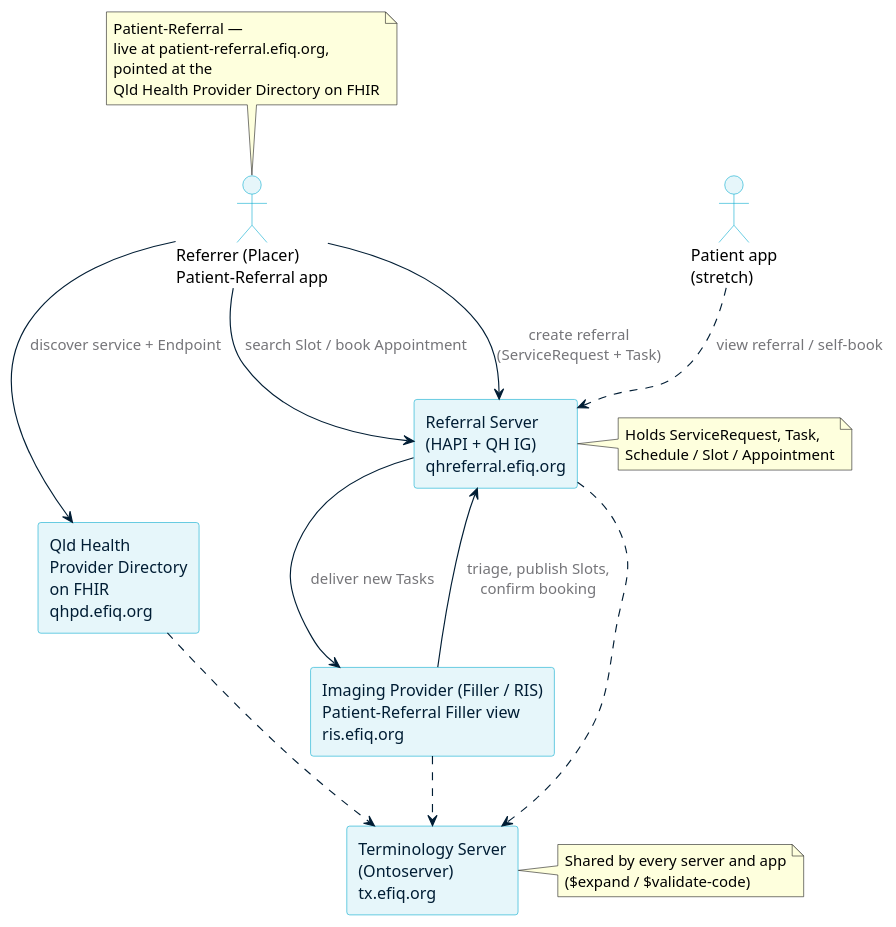
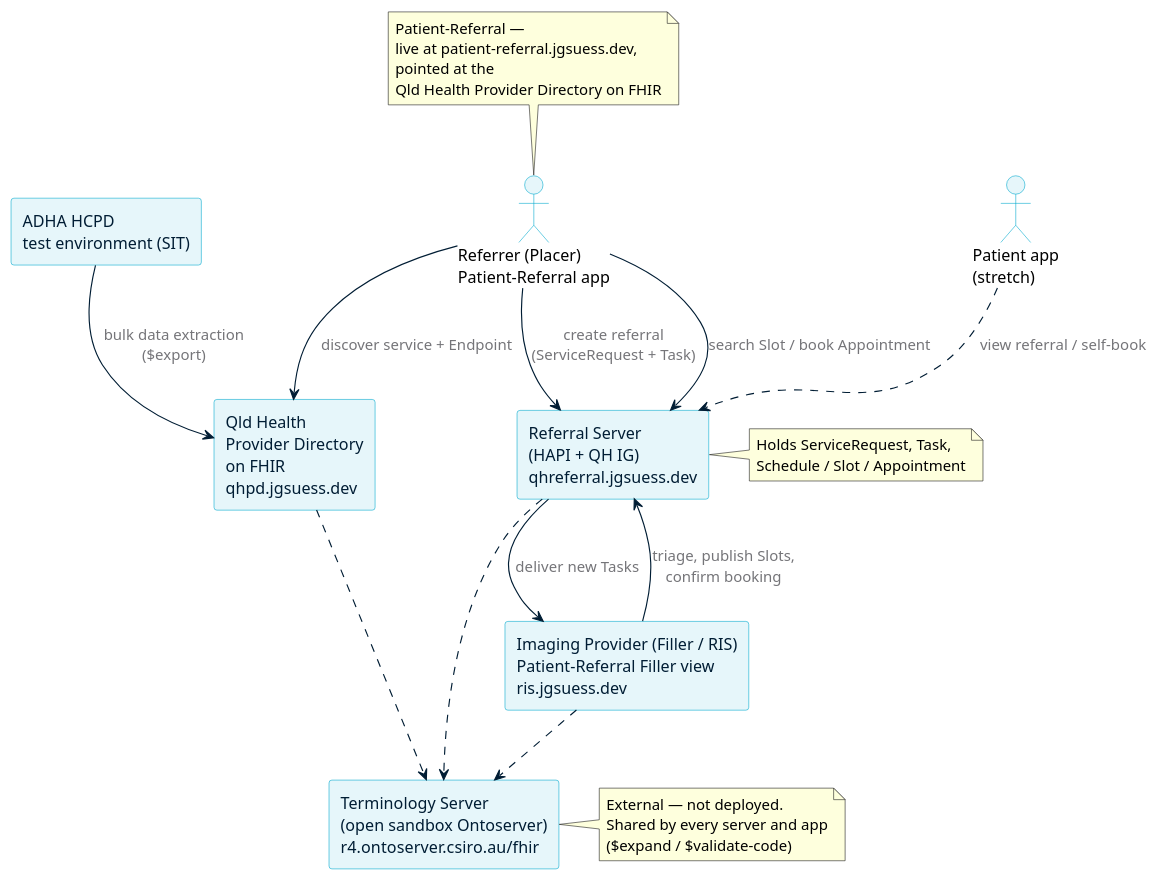
The diagram in 2026-10-29/2-FHIR-For-Services/slides/diagrams/architecture.puml (aehrc/qh-connectathon), drawn with PlantUML before and after one commit. The commit also changed 5 other files, not shown here.

```diff
--- a/2026-10-29/2-FHIR-For-Services/slides/diagrams/architecture.puml
+++ b/2026-10-29/2-FHIR-For-Services/slides/diagrams/architecture.puml
@@ -1,54 +1,57 @@
 @startuml architecture
 ' Systems and roles for the radiology referral scenario
 skinparam backgroundColor transparent
 skinparam shadowing false
 skinparam defaultFontName Calibri
 skinparam componentStyle rectangle
 skinparam component {
   BorderColor #00A9CE
   BackgroundColor #E6F6FA
   FontColor #001D34
 }
 skinparam actor {
   BorderColor #00A9CE
   BackgroundColor #E6F6FA
 }
 skinparam ArrowColor #001D34
 skinparam ArrowFontColor #757579
 
 actor "Referrer (Placer)\nPatient-Referral app" as R
-component "Qld Health\nProvider Directory\non FHIR\nqhpd.efiq.org" as D
-component "Referral Server\n(HAPI + QH IG)\nqhreferral.efiq.org" as S
-component "Imaging Provider (Filler / RIS)\nPatient-Referral Filler view\nris.efiq.org" as F
+component "Qld Health\nProvider Directory\non FHIR\nqhpd.jgsuess.dev" as D
+component "ADHA HCPD\ntest environment (SIT)" as H
+component "Referral Server\n(HAPI + QH IG)\nqhreferral.jgsuess.dev" as S
+component "Imaging Provider (Filler / RIS)\nPatient-Referral Filler view\nris.jgsuess.dev" as F
 actor "Patient app\n(stretch)" as P
-component "Terminology Server\n(Ontoserver)\ntx.efiq.org" as T
+component "Terminology Server\n(open sandbox Ontoserver)\nr4.ontoserver.csiro.au/fhir" as T
 
+H --> D : bulk data extraction\n($export)
 R --> D : discover service + Endpoint
 R --> S : create referral\n(ServiceRequest + Task)
 R --> S : search Slot / book Appointment
 F --> S : triage, publish Slots,\nconfirm booking
 S --> F : deliver new Tasks
 P ..> S : view referral / self-book
 
 D ..> T
 S ..> T
 F ..> T
 
 note right of T
+  External — not deployed.
   Shared by every server and app
   ($expand / $validate-code)
 end note
 
 note right of S
   Holds ServiceRequest, Task,
   Schedule / Slot / Appointment
 end note
 
 note top of R
   Patient-Referral —
-  live at patient-referral.efiq.org,
+  live at patient-referral.jgsuess.dev,
   pointed at the
   Qld Health Provider Directory on FHIR
 end note
 
 @enduml
```
